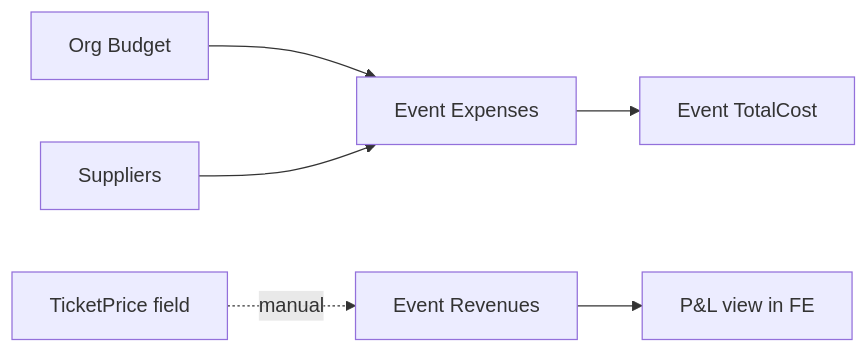
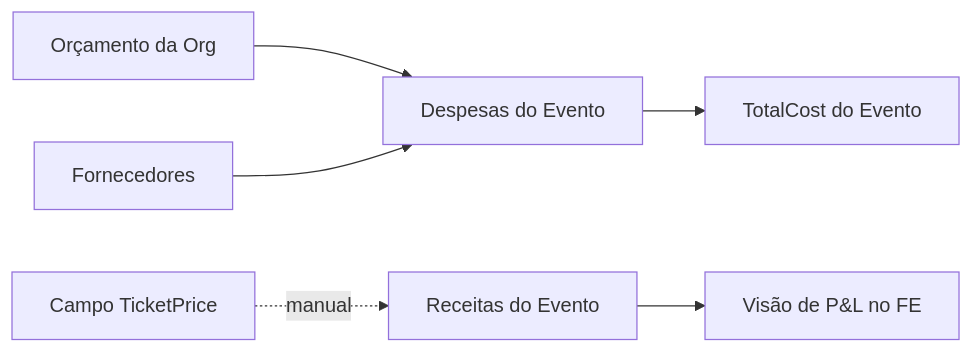
One commit to alexandredebritojr/Pulse8Front changed the fourth of 6 diagrams in pulse8-frontend/PRODUCT_STRATEGY_ANALYSIS.md. Above: the diagram before and after it, drawn with Mermaid. The commit also changed other lines of this file, not shown here.

````diff
--- a/pulse8-frontend/PRODUCT_STRATEGY_ANALYSIS.md
+++ b/pulse8-frontend/PRODUCT_STRATEGY_ANALYSIS.md
@@ -327,8 +327,8 @@
 ```mermaid
 flowchart LR
-  B[Org Budget] --> E[Event Expenses]
-  S[Suppliers] --> E
-  E --> P[Event TotalCost]
-  R[Event Revenues] --> T[P&L view in FE]
-  TP[TicketPrice field] -.manual.-> R
+  B[Orçamento da Org] --> E[Despesas do Evento]
+  S[Fornecedores] --> E
+  E --> P[TotalCost do Evento]
+  R[Receitas do Evento] --> T[Visão de P&L no FE]
+  TP[Campo TicketPrice] -.manual.-> R
 ```
````
